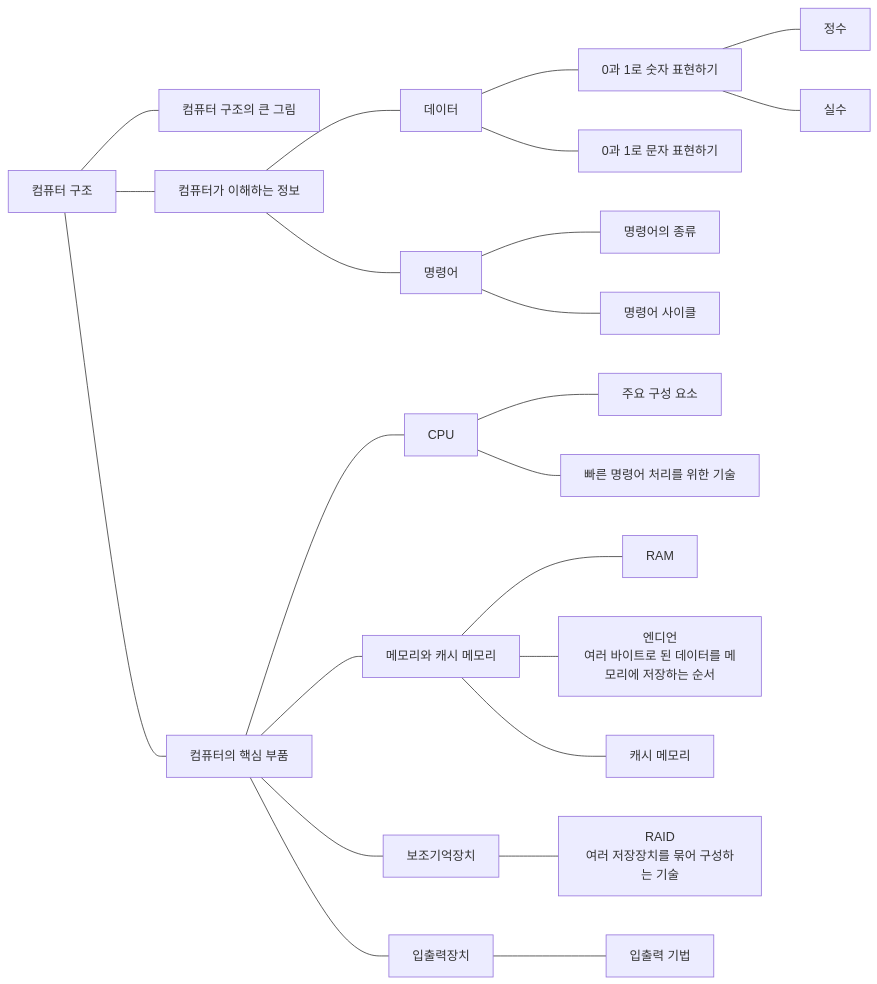
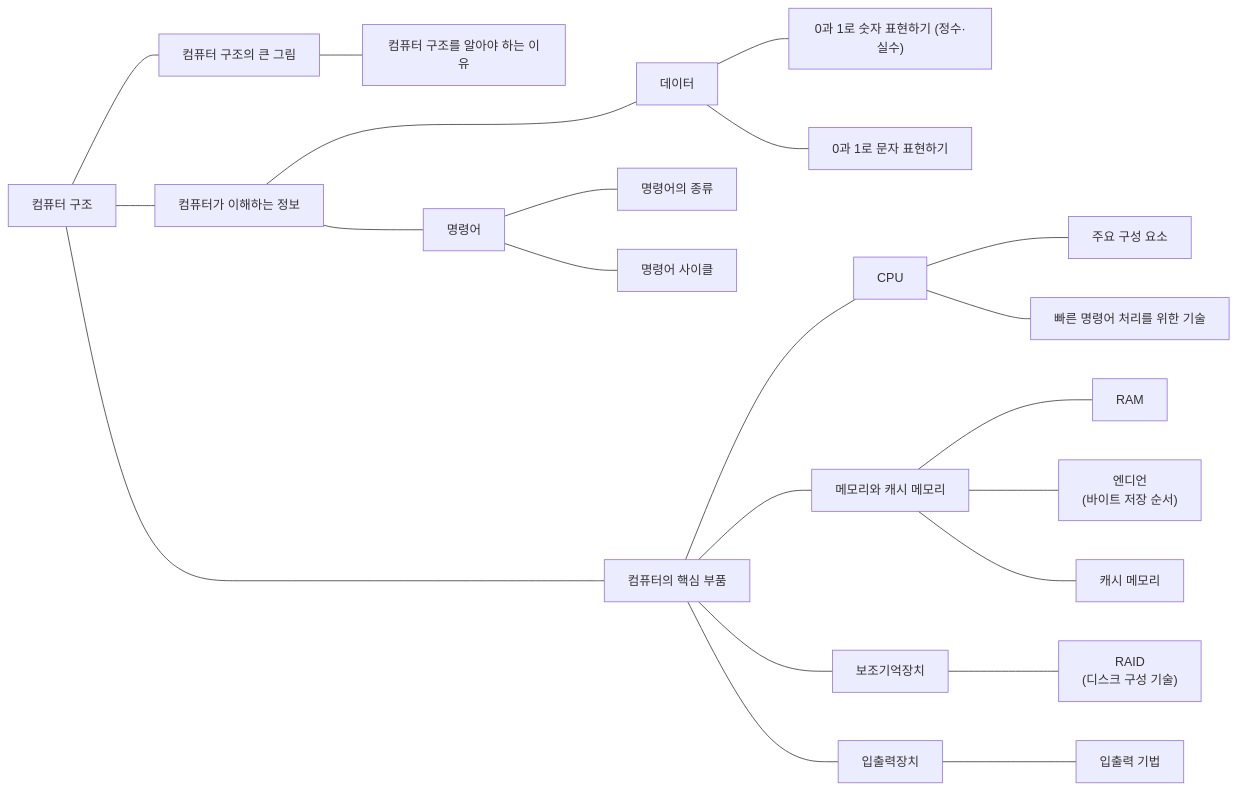
Before and after one commit to byahram/devlog: the diagram in _posts/cs/computer-architecture/2026-05-01-computer-architecture-guide.md, drawn with Mermaid. The commit also changed other lines of this file and 4 other files, not shown here.

````diff
--- a/_posts/cs/computer-architecture/2026-05-01-computer-architecture-guide.md
+++ b/_posts/cs/computer-architecture/2026-05-01-computer-architecture-guide.md
@@ -15,25 +15,29 @@
 ```mermaid
 flowchart LR
     architecture["컴퓨터 구조"] --- overview["컴퓨터 구조의 큰 그림"]
+    overview --- why["컴퓨터 구조를 알아야 하는 이유"]
+
     architecture --- information["컴퓨터가 이해하는 정보"]
     information --- data["데이터"]
-    data --- numbers["0과 1로 숫자 표현하기"]
-    numbers --- integers["정수"]
-    numbers --- realNumbers["실수"]
+    data --- numbers["0과 1로 숫자 표현하기 (정수·실수)"]
     data --- characters["0과 1로 문자 표현하기"]
     information --- instruction["명령어"]
     instruction --- instructionTypes["명령어의 종류"]
     instruction --- instructionCycle["명령어 사이클"]
+
     architecture --- components["컴퓨터의 핵심 부품"]
     components --- cpu["CPU"]
     cpu --- cpuParts["주요 구성 요소"]
     cpu --- cpuTechniques["빠른 명령어 처리를 위한 기술"]
     components --- memory["메모리와 캐시 메모리"]
     memory --- ram["RAM"]
-    memory --- endianness["엔디언<br/>여러 바이트로 된 데이터를 메모리에 저장하는 순서"]
+    memory --- endianness["엔디언<br/>(바이트 저장 순서)"]
     memory --- cache["캐시 메모리"]
     components --- storage["보조기억장치"]
-    storage --- raid["RAID<br/>여러 저장장치를 묶어 구성하는 기술"]
+    storage --- raid["RAID<br/>(디스크 구성 기술)"]
     components --- io["입출력장치"]
     io --- ioTechniques["입출력 기법"]
+
+    why ~~~ data
+    instructionCycle ~~~ cpu
 ```
````
